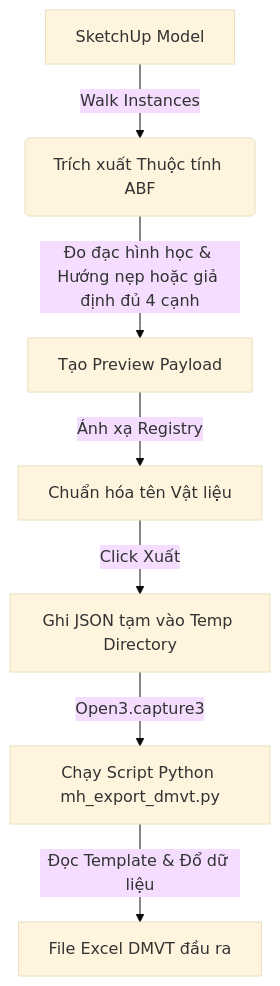
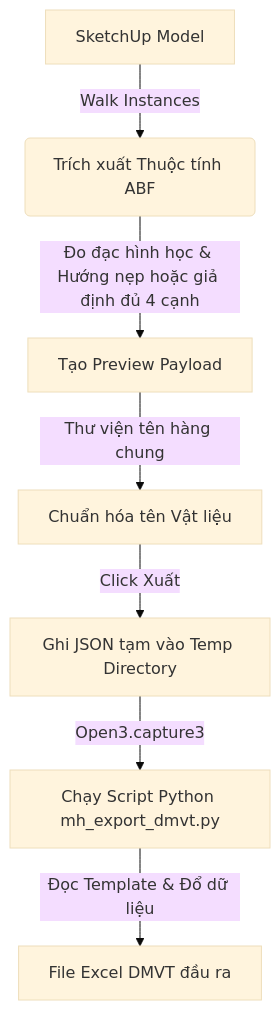
The diagram in MH_EXPORT/README.md (kt3xhomeeco-sketch/MH), drawn with Mermaid (base theme) before and after one commit. The commit also changed other lines of this file and 401 other files, not shown here.

````diff
--- a/MH_EXPORT/README.md
+++ b/MH_EXPORT/README.md
@@ -50,9 +51,9 @@
 ```mermaid
 graph TD
     A[SketchUp Model] -->|Walk Instances| B(Trích xuất Thuộc tính ABF)
     B -->|Đo đạc hình học & Hướng nẹp hoặc giả định đủ 4 cạnh| C[Tạo Preview Payload]
-    C -->|Ánh xạ Registry| D[Chuẩn hóa tên Vật liệu]
+    C -->|Thư viện tên hàng chung| D[Chuẩn hóa tên Vật liệu]
     D -->|Click Xuất| E[Ghi JSON tạm vào Temp Directory]
     E -->|Open3.capture3| F[Chạy Script Python mh_export_dmvt.py]
     F -->|Đọc Template & Đổ dữ liệu| G[File Excel DMVT đầu ra]
 ```
````
